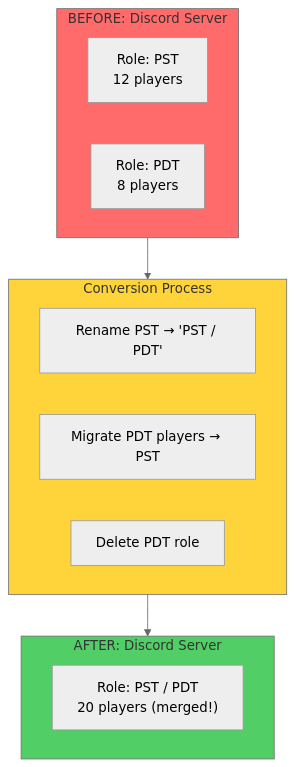
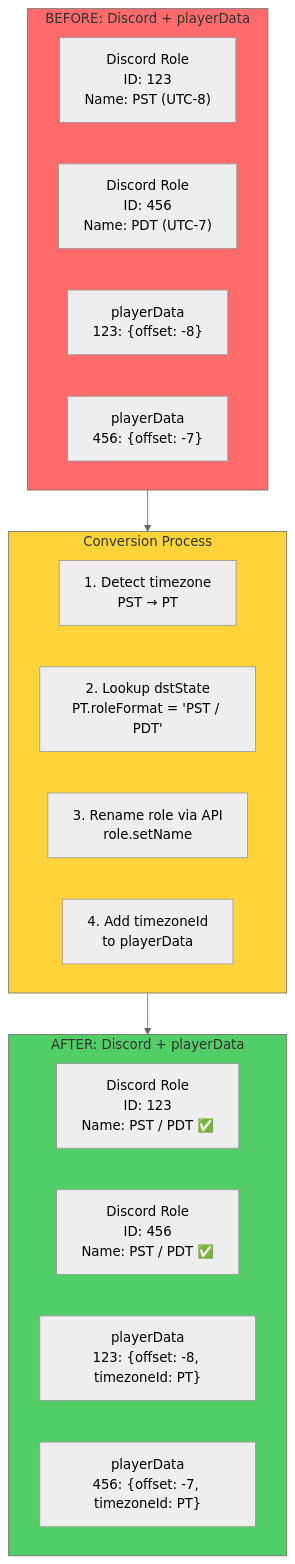
Before and after one commit to extremedonkey/castbot: diagram 12 of 12 in RaP/0989_20250127_Timezone_Conversion_Visual_Guide.md, drawn with Mermaid (neutral theme). The commit also changed other lines of this file, not shown here.

Commit message:
Fix RaP 0989: Clarify conversion design - renames Discord roles to standard format (not merging), multiple roles can have same name, admin cleans up duplicates

````diff
--- a/RaP/0989_20250127_Timezone_Conversion_Visual_Guide.md
+++ b/RaP/0989_20250127_Timezone_Conversion_Visual_Guide.md
@@ -931,24 +907,30 @@
 ```mermaid
 flowchart TB
-    subgraph Before["BEFORE: Discord Server"]
-        B1["Role: PST<br/>12 players"]
-        B2["Role: PDT<br/>8 players"]
+    subgraph Before["BEFORE: Discord + playerData"]
+        D1["Discord Role<br/>ID: 123<br/>Name: PST (UTC-8)"]
+        D2["Discord Role<br/>ID: 456<br/>Name: PDT (UTC-7)"]
+        P1["playerData<br/>123: {offset: -8}"]
+        P2["playerData<br/>456: {offset: -7}"]
     end
 
     subgraph Process["Conversion Process"]
-        C1[Rename PST → 'PST / PDT']
-        C2[Migrate PDT players → PST]
-        C3[Delete PDT role]
+        C1[1. Detect timezone<br/>PST → PT]
+        C2[2. Lookup dstState<br/>PT.roleFormat = 'PST / PDT']
+        C3[3. Rename role via API<br/>role.setName]
+        C4[4. Add timezoneId<br/>to playerData]
     end
 
-    subgraph After["AFTER: Discord Server"]
-        A1["Role: PST / PDT<br/>20 players (merged!)"]
+    subgraph After["AFTER: Discord + playerData"]
+        A1["Discord Role<br/>ID: 123<br/>Name: PST / PDT ✅"]
+        A2["Discord Role<br/>ID: 456<br/>Name: PST / PDT ✅"]
+        A3["playerData<br/>123: {offset: -8, timezoneId: PT}"]
+        A4["playerData<br/>456: {offset: -7, timezoneId: PT}"]
     end
 
     Before --> Process
     Process --> After
 
     style Before fill:#ff6b6b
     style Process fill:#ffd43b
     style After fill:#51cf66
 ```
````
